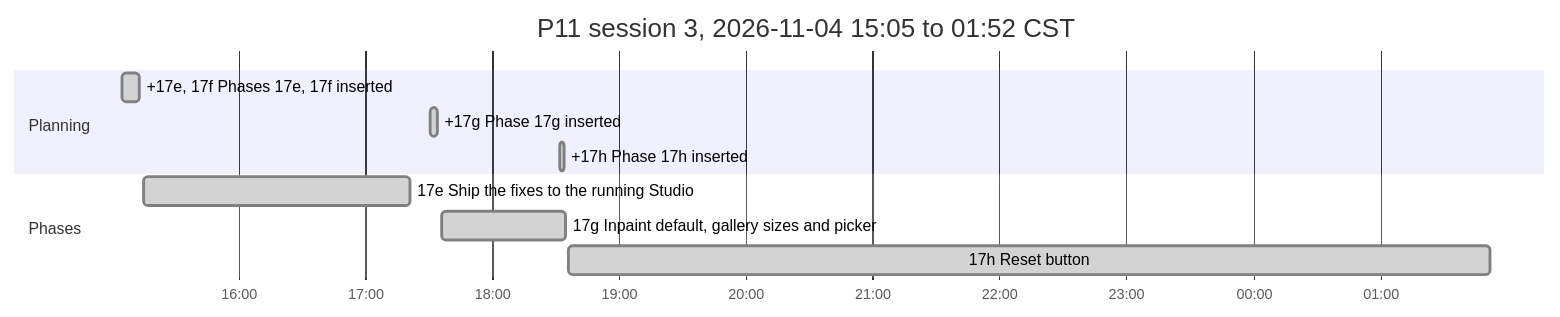
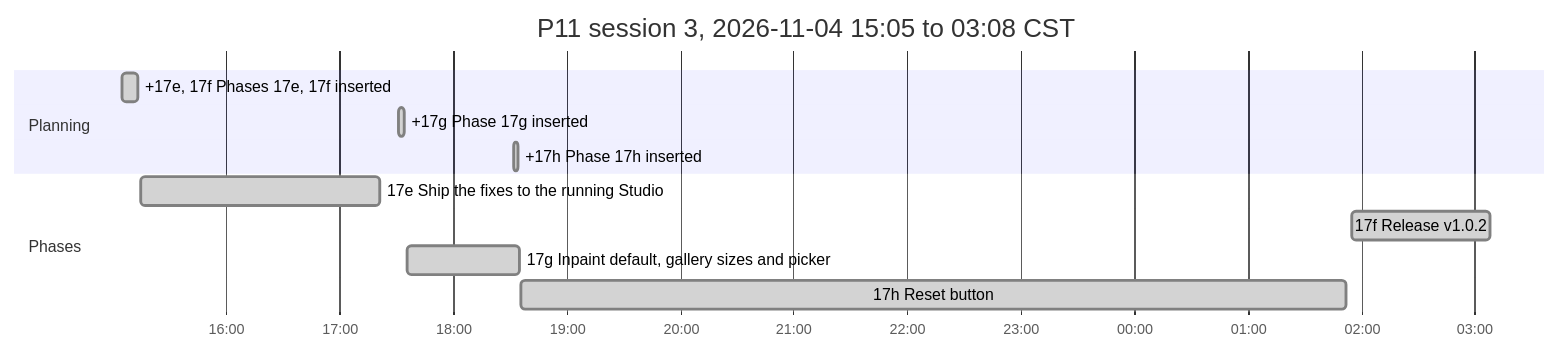
The third of 3 diagrams in P11_IMPLEMENTATION_PLAN.md (antonizick/project1111), drawn with Mermaid before and after one commit. The commit also changed other lines of this file and 2 other files, not shown here.

````diff
--- a/P11_IMPLEMENTATION_PLAN.md
+++ b/P11_IMPLEMENTATION_PLAN.md
@@ -119,14 +119,15 @@
 ```mermaid
 gantt
-    title P11 session 3, 2026-11-04 15:05 to 01:52 CST
+    title P11 session 3, 2026-11-04 15:05 to 03:08 CST
     dateFormat YYYY-MM-DD HH:mm
     axisFormat %H:%M
     section Planning
     +17e, 17f Phases 17e, 17f inserted :done, plan5, 2026-11-04 15:05, 2026-11-04 15:13
     +17g Phase 17g inserted :done, plan6, 2026-11-04 17:31, 2026-11-04 17:34
     +17h Phase 17h inserted :done, plan7, 2026-11-04 18:32, 2026-11-04 18:34
     section Phases
     17e Ship the fixes to the running Studio :done, p17es3, 2026-11-04 15:15, 2026-11-04 17:21
+    17f Release v1.0.2 :done, p17fs3, 2026-11-05 01:55, 2026-11-05 03:08
     17g Inpaint default, gallery sizes and picker :done, p17gs3, 2026-11-04 17:36, 2026-11-04 18:35
     17h Reset button :done, p17hs3, 2026-11-04 18:36, 2026-11-05 01:52
 ```
````
